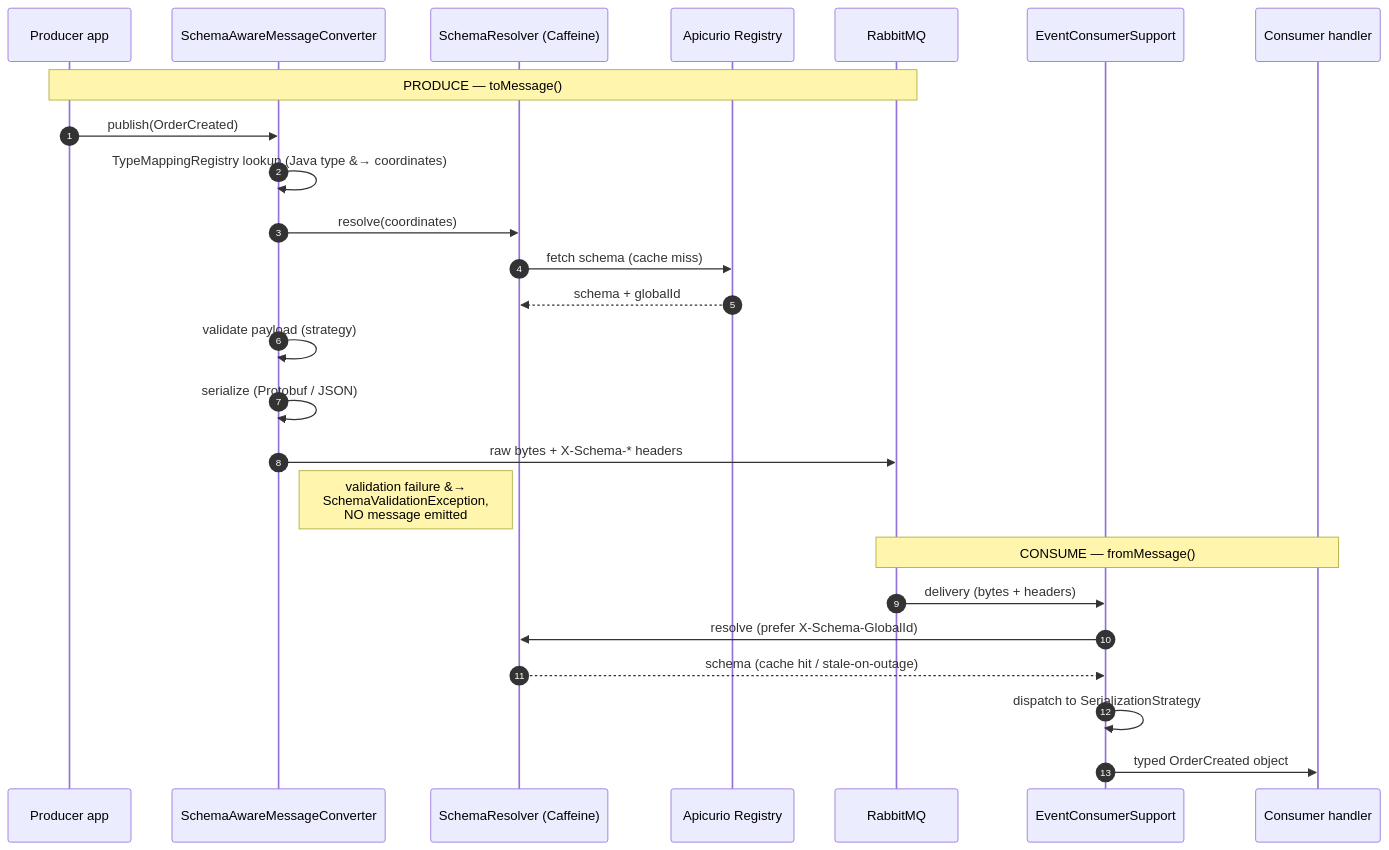
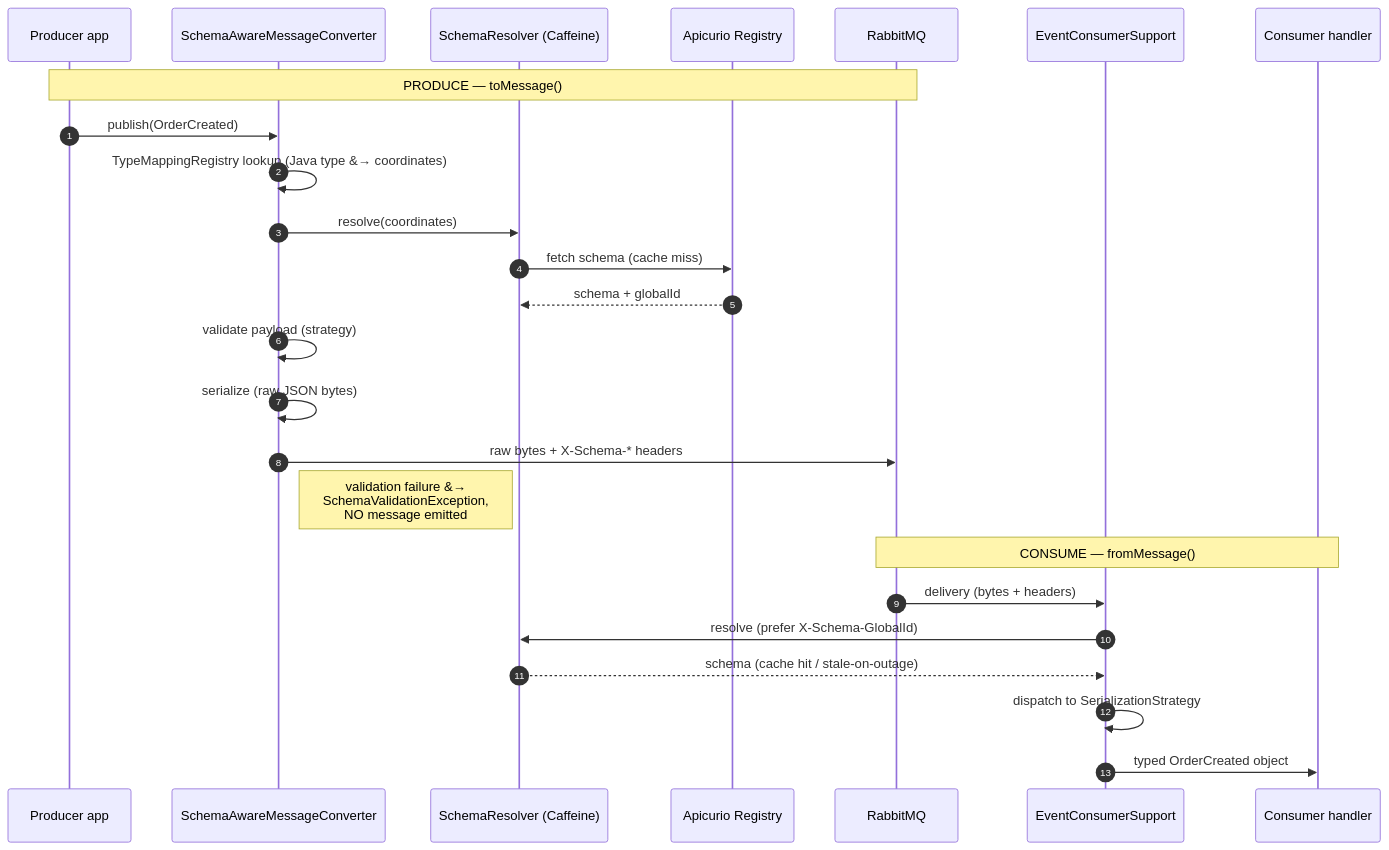
The diagram in docs/presentation/diagrams/d2-message-lifecycle.mmd (anarefin/schema-registry-demo), drawn with Mermaid before and after one commit. The commit also changed 20 other files, not shown here.

First line of the commit message:
Update docs and CI workflows for the JSON Schema-only refactor

```diff
--- a/docs/presentation/diagrams/d2-message-lifecycle.mmd
+++ b/docs/presentation/diagrams/d2-message-lifecycle.mmd
@@ -1,27 +1,27 @@
 sequenceDiagram
     autonumber
     participant App as Producer app
     participant Conv as SchemaAwareMessageConverter
     participant Res as SchemaResolver (Caffeine)
     participant Reg as Apicurio Registry
     participant MQ as RabbitMQ
     participant CSup as EventConsumerSupport
     participant CApp as Consumer handler
 
     Note over App,MQ: PRODUCE — toMessage()
     App->>Conv: publish(OrderCreated)
     Conv->>Conv: TypeMappingRegistry lookup (Java type &#8594; coordinates)
     Conv->>Res: resolve(coordinates)
     Res->>Reg: fetch schema (cache miss)
     Reg-->>Res: schema + globalId
     Conv->>Conv: validate payload (strategy)
-    Conv->>Conv: serialize (Protobuf / JSON)
+    Conv->>Conv: serialize (raw JSON bytes)
     Conv->>MQ: raw bytes + X-Schema-* headers
     Note right of Conv: validation failure &#8594;<br/>SchemaValidationException,<br/>NO message emitted
 
     Note over MQ,CApp: CONSUME — fromMessage()
     MQ->>CSup: delivery (bytes + headers)
     CSup->>Res: resolve (prefer X-Schema-GlobalId)
     Res-->>CSup: schema (cache hit / stale-on-outage)
     CSup->>CSup: dispatch to SerializationStrategy
     CSup->>CApp: typed OrderCreated object
```
